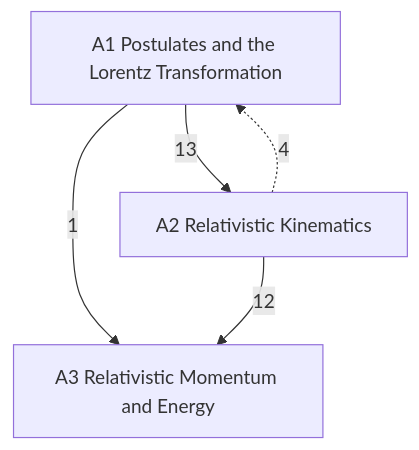
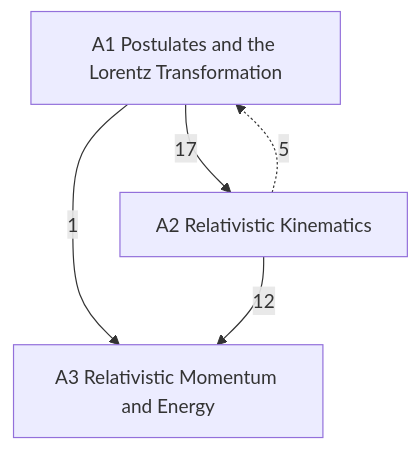
Before and after one commit to Onion20040508/notes: the diagram in Physics/Relativity/Relativity.md, drawn with Mermaid. The commit also changed 72 other files, not shown here.

````diff
--- a/Physics/Relativity/Relativity.md
+++ b/Physics/Relativity/Relativity.md
@@ -22,10 +22,10 @@
 ```mermaid
 graph TD
   A1["A1 Postulates and the Lorentz Transformation"]
   A2["A2 Relativistic Kinematics"]
   A3["A3 Relativistic Momentum and Energy"]
-  A1 -->|13| A2
+  A1 -->|17| A2
   A1 -->|1| A3
   A2 -->|12| A3
-  A2 -.->|4| A1
+  A2 -.->|5| A1
 ```
````
